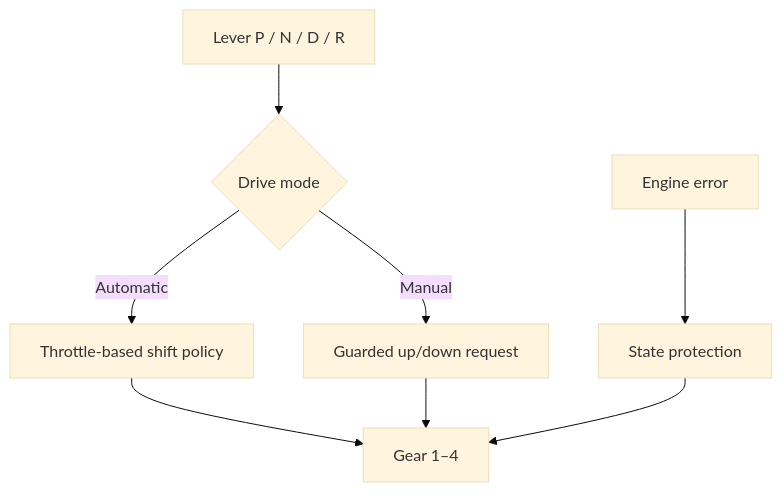
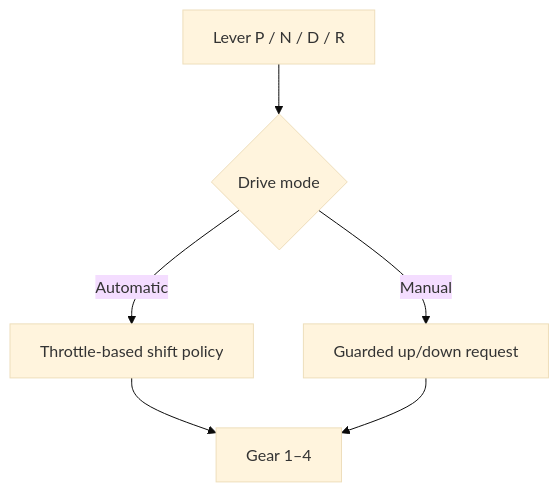
Before and after one commit to choiYhunn/ra6m3-microprocessor-lab: the third of 3 diagrams in README.en.md, drawn with Mermaid (base theme). The commit also changed other lines of this file and 1 other file, not shown here.

````diff
--- a/README.en.md
+++ b/README.en.md
@@ -65,10 +65,8 @@
 ```mermaid
 flowchart TD
     A["Lever P / N / D / R"] --> B{"Drive mode"}
     B -- "Automatic" --> C["Throttle-based shift policy"]
     B -- "Manual" --> D["Guarded up/down request"]
     C --> E["Gear 1–4"]
     D --> E
-    F["Engine error"] --> G["State protection"]
-    G --> E
 ```
````
